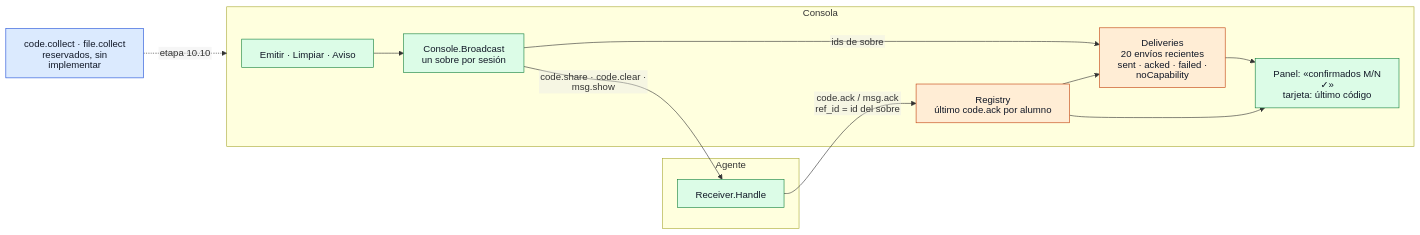
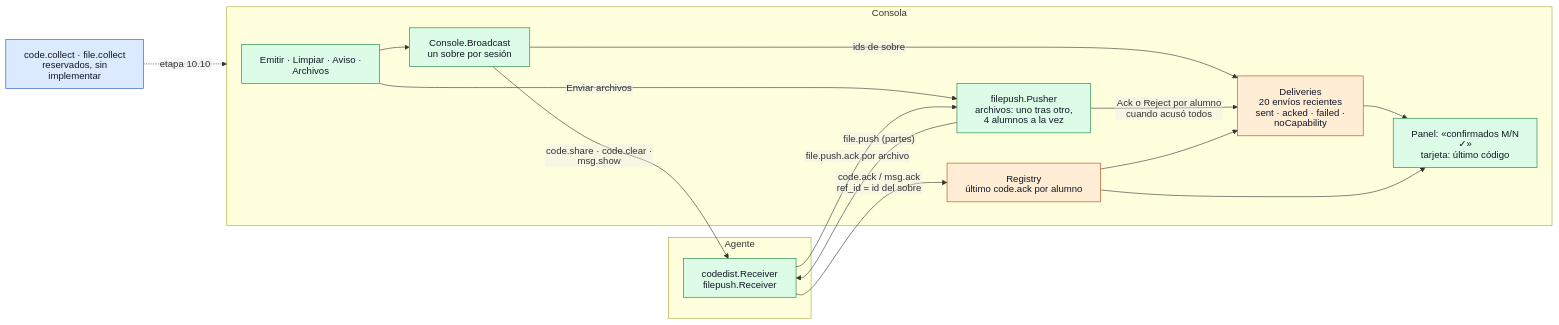
One commit to bayalad7/aula changed the diagram in docs/v1/diagramas/07-acuses-recoleccion.md. Above: the diagram before and after it, drawn with Mermaid. The commit also changed other lines of this file and 42 other files, not shown here.

First line of the commit message:
documentacion(docs): privacidad, manual, diagramas y pruebas de enviar archivos

````diff
--- a/docs/v1/diagramas/07-acuses-recoleccion.md
+++ b/docs/v1/diagramas/07-acuses-recoleccion.md
@@ -14,34 +14,39 @@
 ```mermaid
 %%{init: {"htmlLabels": false, "flowchart": {"htmlLabels": false}}}%%
 flowchart LR
     subgraph consola["Consola"]
-        envio["Emitir · Limpiar · Aviso"]
+        envio["Emitir · Limpiar · Aviso · Archivos"]
         bcast["Console.Broadcast<br/>un sobre por sesión"]
         deliveries["Deliveries<br/>20 envíos recientes<br/>sent · acked · failed · noCapability"]
+        pusher["filepush.Pusher<br/>archivos: uno tras otro,<br/>4 alumnos a la vez"]
         registro["Registry<br/>último code.ack por alumno"]
         ui["Panel: «confirmados M/N ✓»<br/>tarjeta: último código"]
     end
 
     subgraph agente["Agente"]
-        recv["Receiver.Handle"]
+        recv["codedist.Receiver<br/>filepush.Receiver"]
     end
 
     envio --> bcast
     bcast -- "ids de sobre" --> deliveries
     bcast -- "code.share · code.clear · msg.show" --> recv
     recv -- "code.ack / msg.ack<br/>ref_id = id del sobre" --> registro
+    envio -- "Enviar archivos" --> pusher
+    pusher -- "file.push (partes)" --> recv
+    recv -- "file.push.ack por archivo" --> pusher
+    pusher -- "Ack o Reject por alumno<br/>cuando acusó todos" --> deliveries
     registro --> deliveries
     deliveries --> ui
     registro --> ui
 
     reservado["code.collect · file.collect<br/>reservados, sin implementar"]
     reservado -. "etapa 10.10" .-> consola
 
     classDef externo fill:#dbeafe,stroke:#1d4ed8,color:#111827
     classDef aula fill:#dcfce7,stroke:#15803d,color:#111827
     classDef datos fill:#ffedd5,stroke:#c2410c,color:#111827
     classDef seguridad fill:#fee2e2,stroke:#b91c1c,color:#111827
-    class envio,bcast,recv,ui aula
+    class envio,bcast,recv,ui,pusher aula
     class deliveries,registro datos
     class reservado externo
 ```
````
